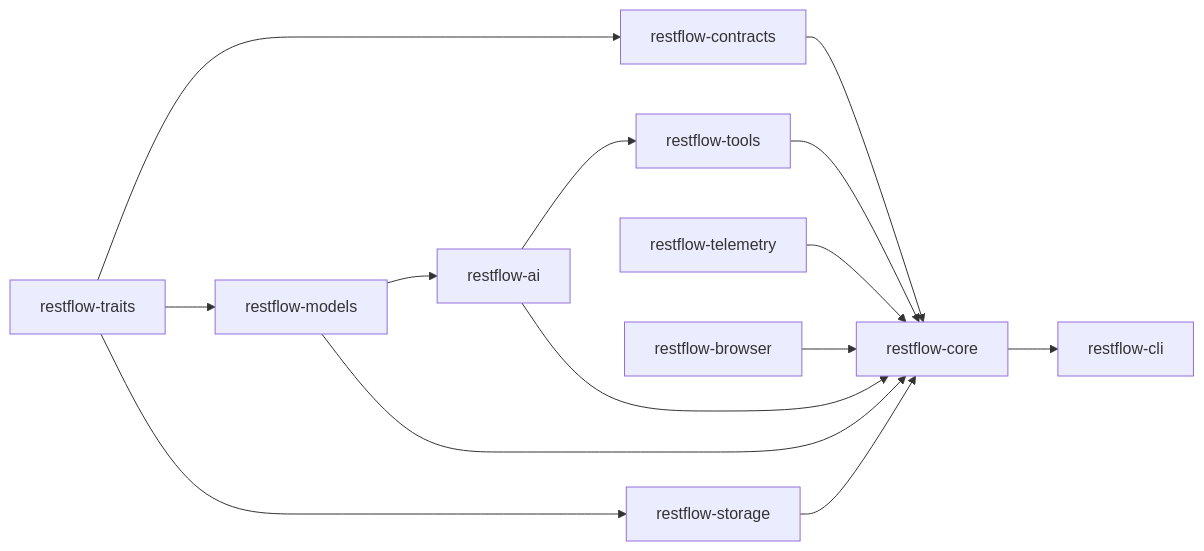
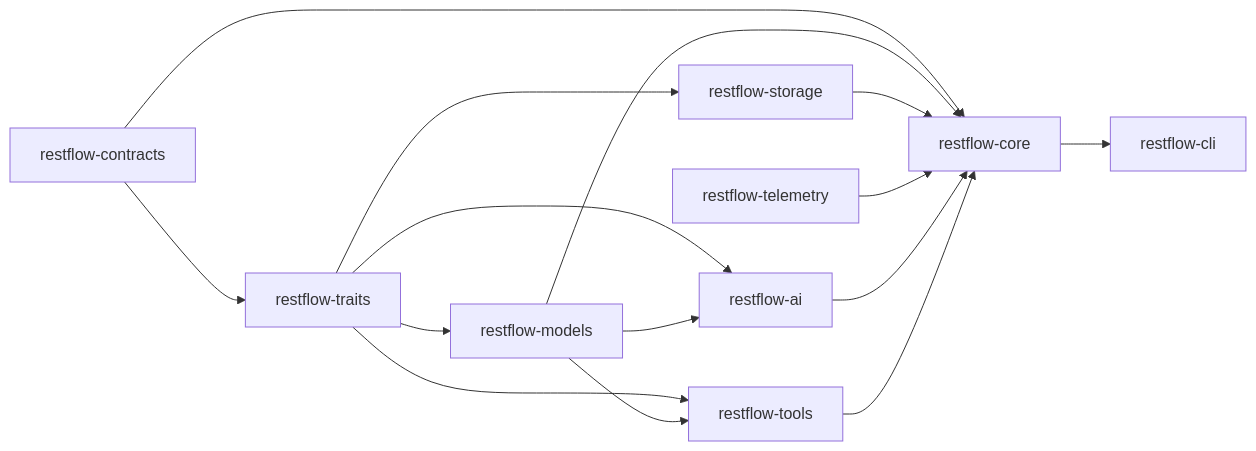
Before and after one commit to lhwzds/restflow: the second of 4 diagrams in SYSTEM_ARCHITECTURE.md, drawn with Mermaid. The commit also changed other lines of this file and 3 other files, not shown here.

Commit message:
docs(architecture): align canonical runtime documentation

````diff
--- a/SYSTEM_ARCHITECTURE.md
+++ b/SYSTEM_ARCHITECTURE.md
@@ -54,19 +54,19 @@
 ```mermaid
 flowchart LR
-    Traits["restflow-traits"] --> Contracts["restflow-contracts"]
+    Contracts["restflow-contracts"] --> Traits["restflow-traits"]
     Traits --> Models["restflow-models"]
     Traits --> Storage["restflow-storage"]
+    Traits --> Ai["restflow-ai"]
+    Traits --> Tools["restflow-tools"]
 
+    Models --> Ai
+    Models --> Tools
     Contracts --> Core["restflow-core"]
-    Models --> Ai["restflow-ai"]
     Models --> Core
     Storage --> Core
     Telemetry["restflow-telemetry"] --> Core
-    Browser["restflow-browser"] --> Core
-
-    Ai --> Tools["restflow-tools"]
     Ai --> Core
     Tools --> Core
 
     Core --> Cli["restflow-cli"]
 ```
````
